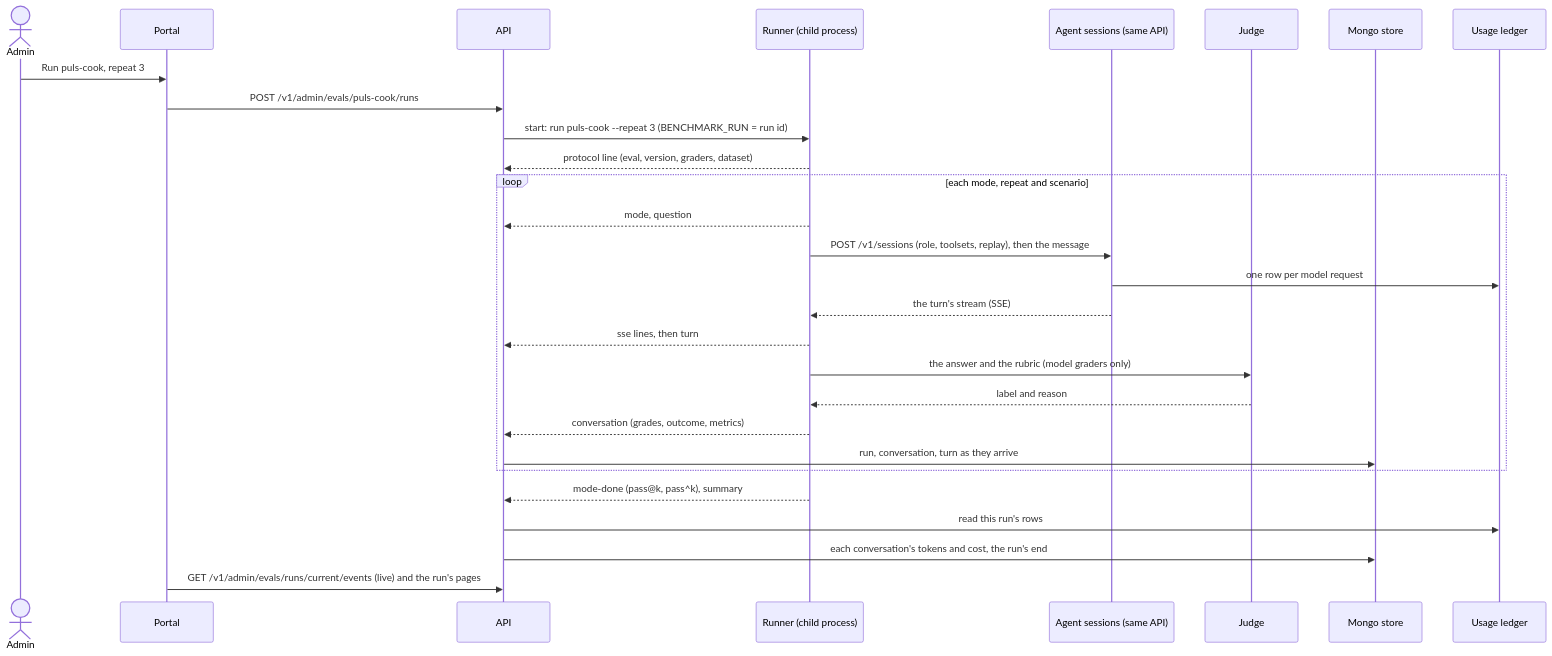
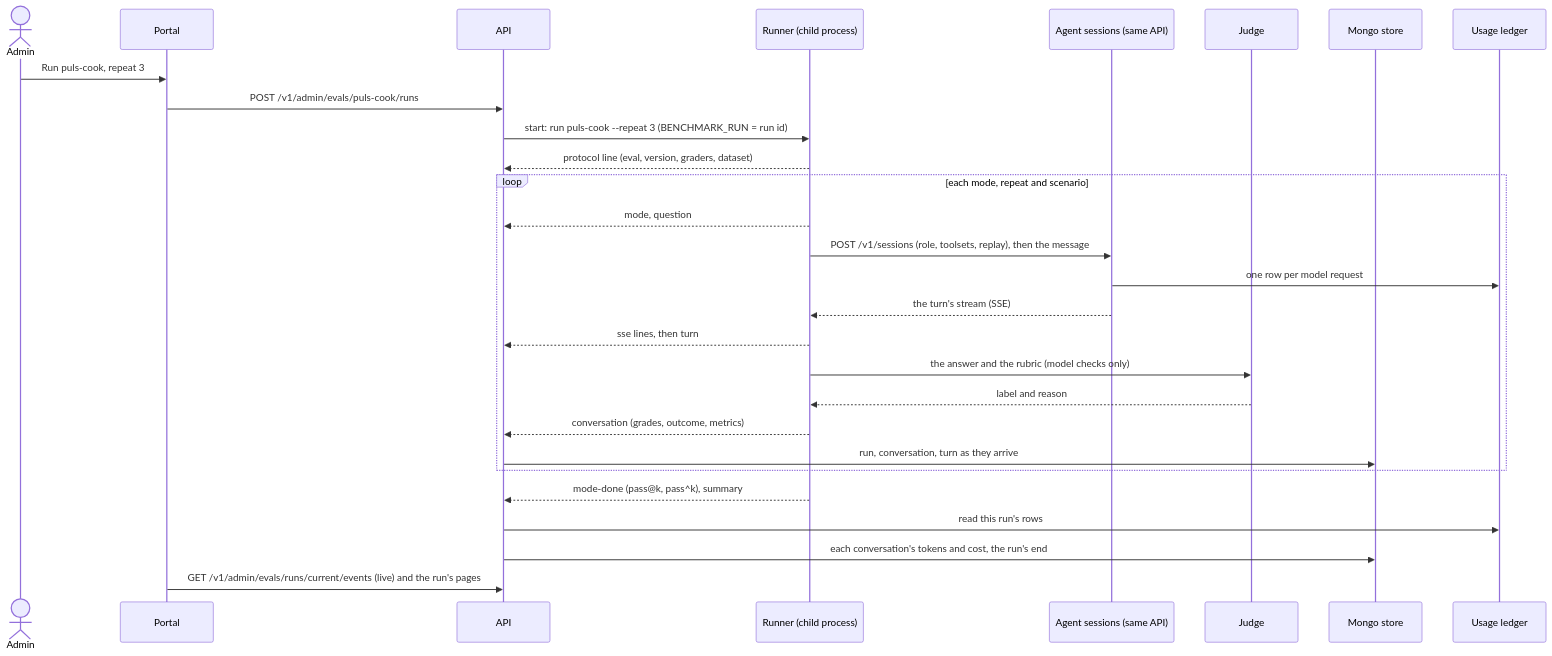
One commit to bosbevk/louis-agent changed the fourth of 4 diagrams in docs/architecture/evals.md. Above: the diagram before and after it, drawn with Mermaid. The commit also changed other lines of this file and 22 other files, not shown here.

````diff
--- a/docs/architecture/evals.md
+++ b/docs/architecture/evals.md
@@ -184,31 +206,31 @@
 ```mermaid
 sequenceDiagram
   actor Admin
   participant Portal
   participant API
   participant Runner as Runner (child process)
   participant Agent as Agent sessions (same API)
   participant Judge
   participant Store as Mongo store
   participant Ledger as Usage ledger
 
   Admin->>Portal: Run puls-cook, repeat 3
   Portal->>API: POST /v1/admin/evals/puls-cook/runs
   API->>Runner: start: run puls-cook --repeat 3 (BENCHMARK_RUN = run id)
   Runner-->>API: protocol line (eval, version, graders, dataset)
   loop each mode, repeat and scenario
     Runner-->>API: mode, question
     Runner->>Agent: POST /v1/sessions (role, toolsets, replay), then the message
     Agent->>Ledger: one row per model request
     Agent-->>Runner: the turn's stream (SSE)
     Runner-->>API: sse lines, then turn
-    Runner->>Judge: the answer and the rubric (model graders only)
+    Runner->>Judge: the answer and the rubric (model checks only)
     Judge-->>Runner: label and reason
     Runner-->>API: conversation (grades, outcome, metrics)
     API->>Store: run, conversation, turn as they arrive
   end
   Runner-->>API: mode-done (pass@k, pass^k), summary
   API->>Ledger: read this run's rows
   API->>Store: each conversation's tokens and cost, the run's end
   Portal->>API: GET /v1/admin/evals/runs/current/events (live) and the run's pages
 ```
````
